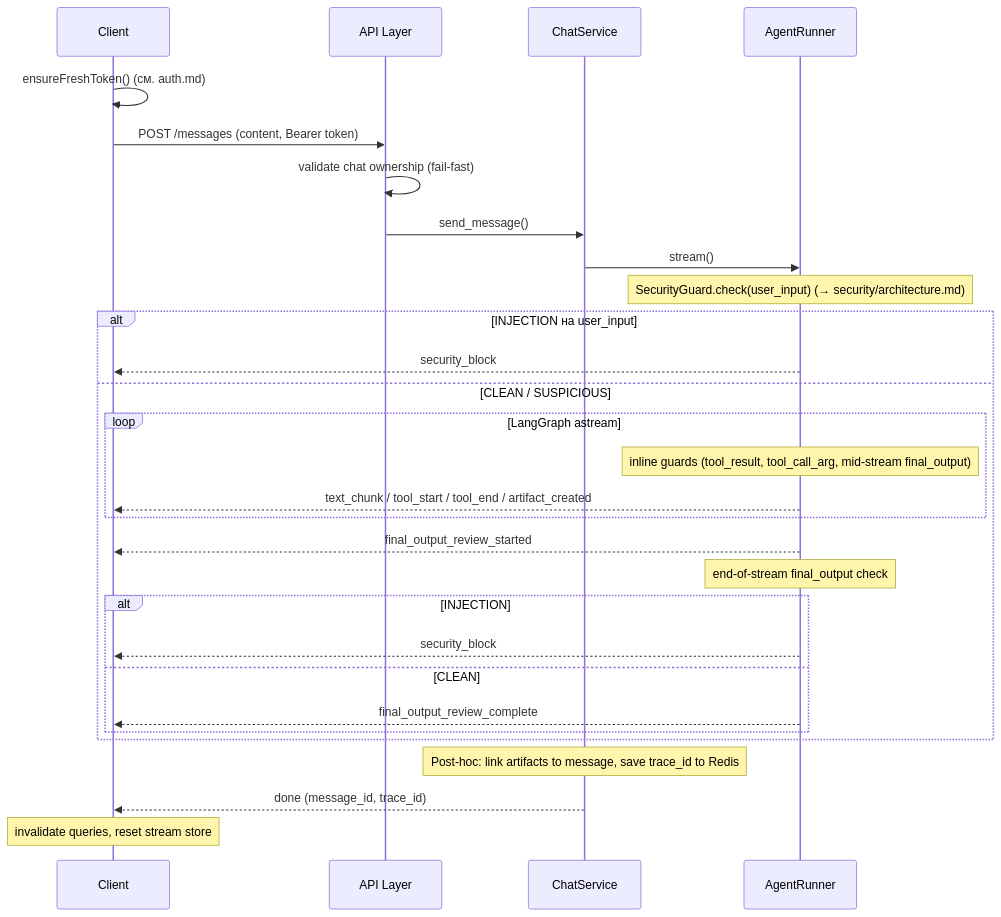
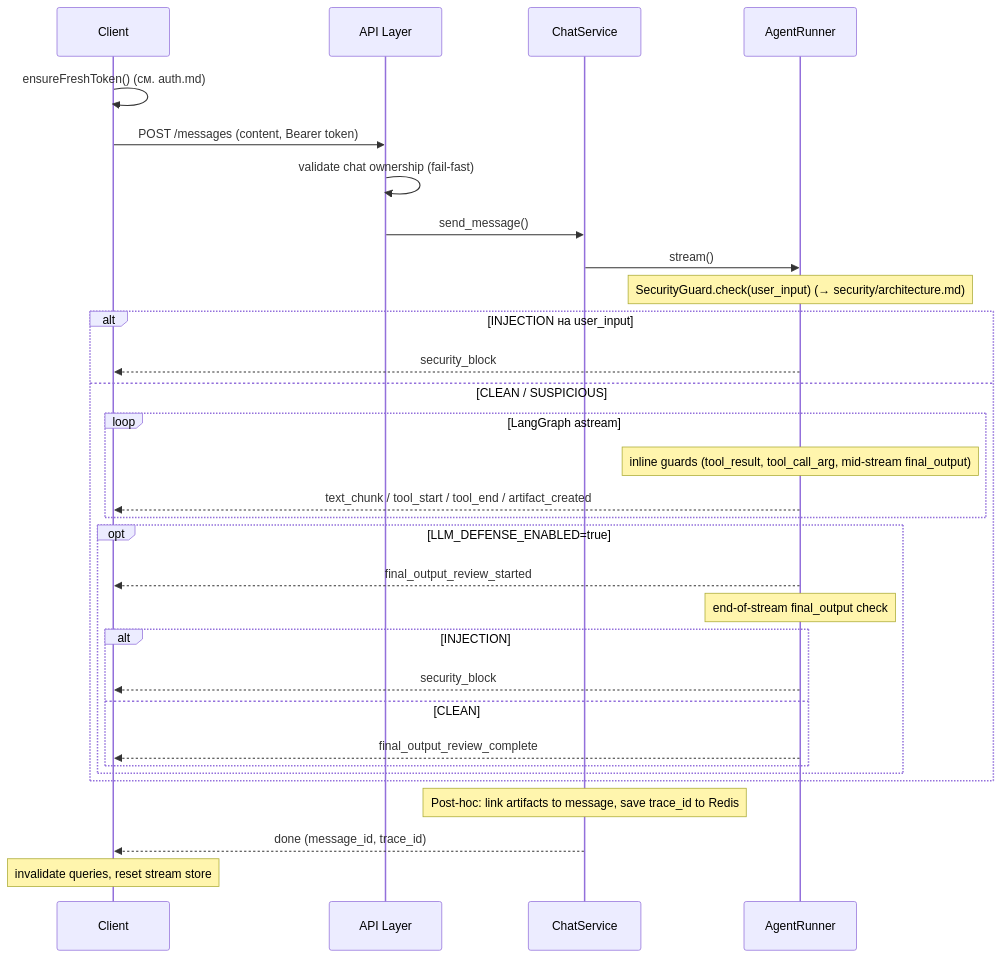
Before and after one commit to Bbar0n234/learnflow-ai: the first of 2 diagrams in doc/tech/streaming.md, drawn with Mermaid. The commit also changed other lines of this file and 13 other files, not shown here.

````diff
--- a/doc/tech/streaming.md
+++ b/doc/tech/streaming.md
@@ -44,35 +44,37 @@
 ```mermaid
 sequenceDiagram
     participant C as Client
     participant API as API Layer
     participant SVC as ChatService
     participant AGT as AgentRunner
 
     C->>C: ensureFreshToken() (см. auth.md)
     C->>API: POST /messages (content, Bearer token)
     API->>API: validate chat ownership (fail-fast)
     API->>SVC: send_message()
     SVC->>AGT: stream()
 
     Note over AGT: SecurityGuard.check(user_input) (→ security/architecture.md)
     alt INJECTION на user_input
         AGT-->>C: security_block
     else CLEAN / SUSPICIOUS
         loop LangGraph astream
             Note over AGT: inline guards (tool_result, tool_call_arg, mid-stream final_output)
             AGT-->>C: text_chunk / tool_start / tool_end / artifact_created
         end
-        AGT-->>C: final_output_review_started
-        Note over AGT: end-of-stream final_output check
-        alt INJECTION
-            AGT-->>C: security_block
-        else CLEAN
-            AGT-->>C: final_output_review_complete
+        opt LLM_DEFENSE_ENABLED=true
+            AGT-->>C: final_output_review_started
+            Note over AGT: end-of-stream final_output check
+            alt INJECTION
+                AGT-->>C: security_block
+            else CLEAN
+                AGT-->>C: final_output_review_complete
+            end
         end
     end
 
     Note over SVC: Post-hoc: link artifacts to message, save trace_id to Redis
     SVC-->>C: done (message_id, trace_id)
 
     Note over C: invalidate queries, reset stream store
 ```
````
